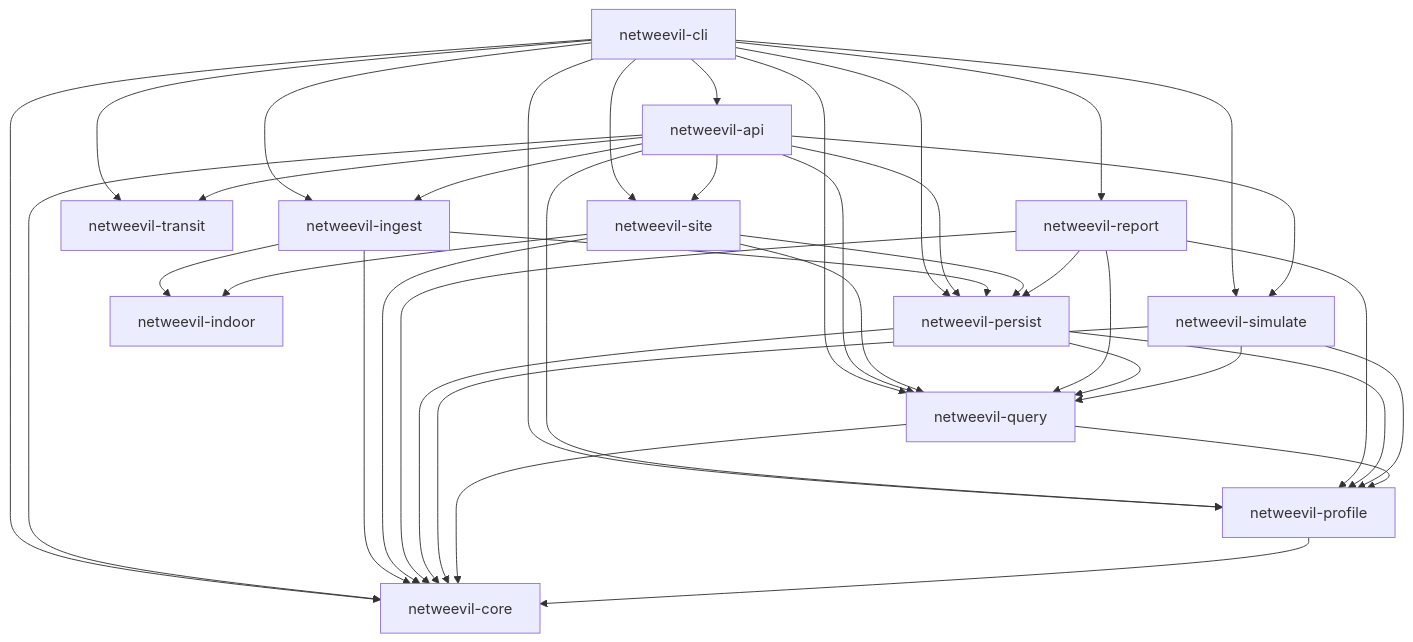
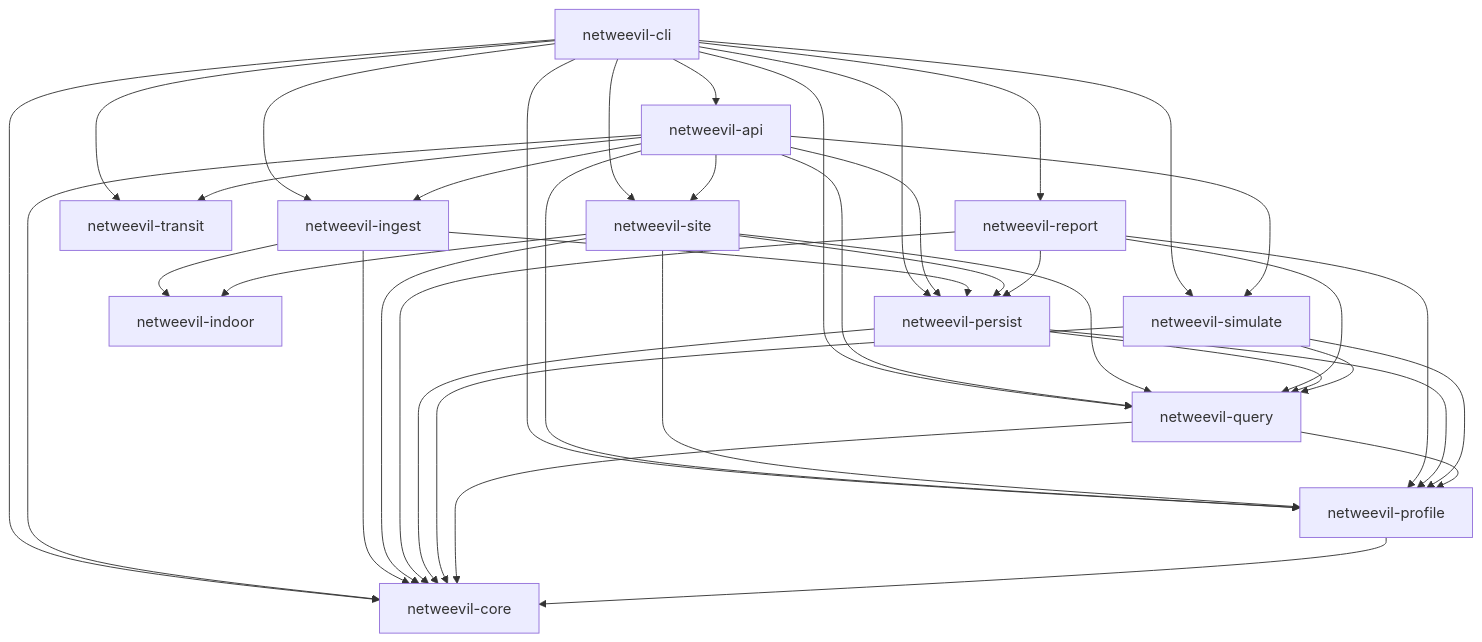
The first of 2 diagrams in docs/concepts/architecture.md (elqniemi/netweevil), drawn with Mermaid before and after one commit. The commit also changed other lines of this file and 23 other files, not shown here.

````diff
--- a/docs/concepts/architecture.md
+++ b/docs/concepts/architecture.md
@@ -30,62 +30,63 @@
 ```mermaid
 graph TD
     cli[netweevil-cli]
     api[netweevil-api]
     ingest[netweevil-ingest]
     report[netweevil-report]
     simulate[netweevil-simulate]
     persist[netweevil-persist]
     query[netweevil-query]
     profile[netweevil-profile]
     transit[netweevil-transit]
     site[netweevil-site]
     indoor[netweevil-indoor]
     core[netweevil-core]
 
     cli --> api
     cli --> ingest
     cli --> report
     cli --> simulate
     cli --> persist
     cli --> query
     cli --> profile
     cli --> transit
     cli --> site
     cli --> core
 
     api --> ingest
     api --> simulate
     api --> persist
     api --> query
     api --> profile
     api --> transit
     api --> site
     api --> core
 
     ingest --> persist
     ingest --> indoor
     ingest --> core
 
     site --> persist
     site --> query
+    site --> profile
     site --> indoor
     site --> core
 
     report --> persist
     report --> query
     report --> profile
     report --> core
 
     persist --> query
     persist --> profile
     persist --> core
 
     simulate --> query
     simulate --> profile
     simulate --> core
 
     query --> profile
     query --> core
 
     profile --> core
 ```
````
